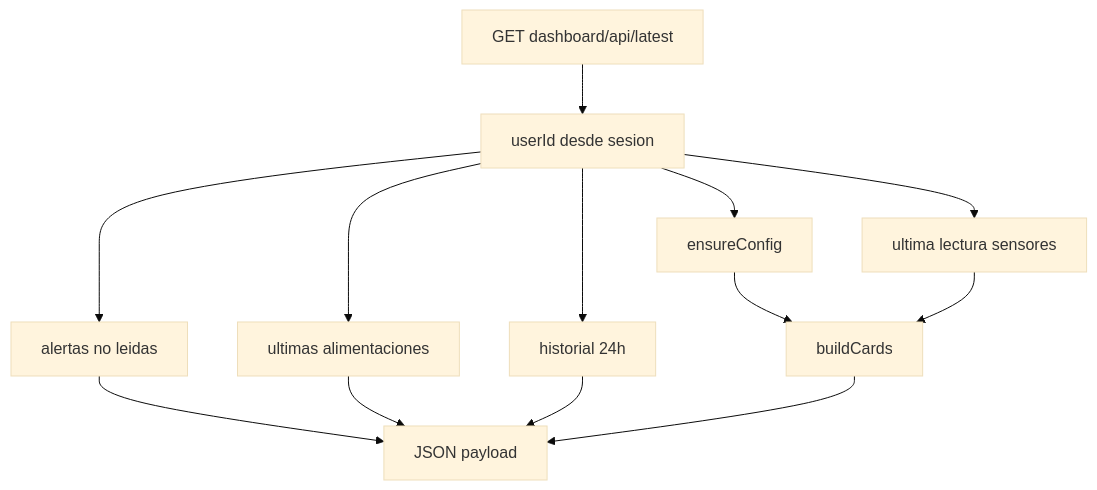
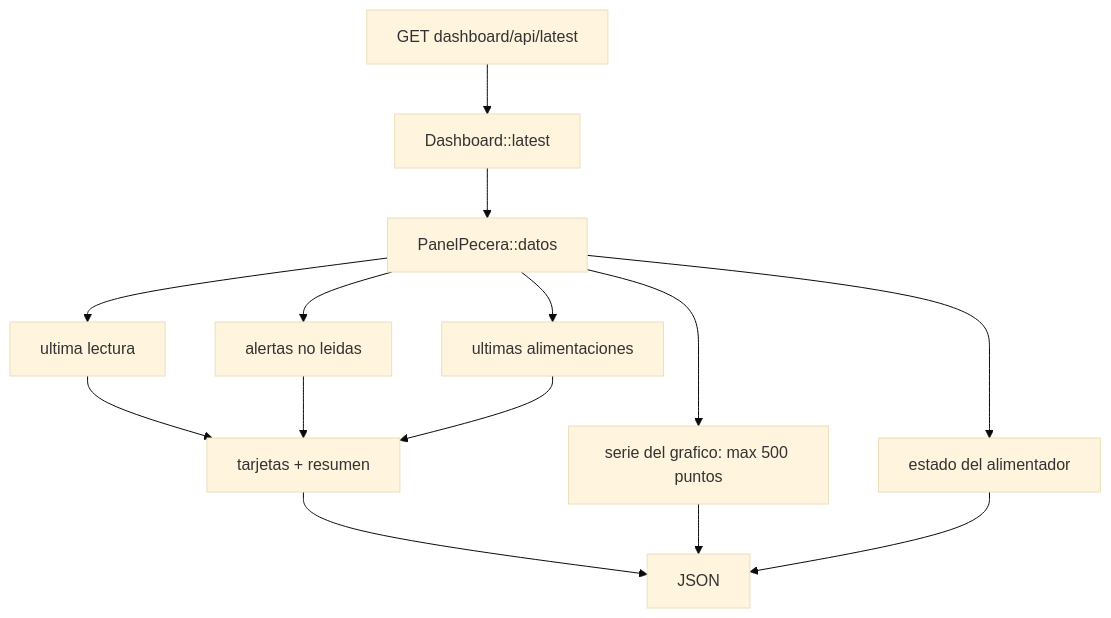
One commit to TuVieja22/AquaControl changed the third of 10 diagrams in BACKEND_DOCUMENTACION.md. Above: the diagram before and after it, drawn with Mermaid (base theme). The commit also changed other lines of this file and 10 other files, not shown here.

````diff
--- a/BACKEND_DOCUMENTACION.md
+++ b/BACKEND_DOCUMENTACION.md
@@ -477,15 +490,16 @@
 ```mermaid
 flowchart TD
-    A[GET dashboard/api/latest] --> B[userId desde sesion]
-    B --> C[ensureConfig]
-    B --> D[ultima lectura sensores]
-    B --> E[alertas no leidas]
-    B --> F[ultimas alimentaciones]
-    B --> G[historial 24h]
-    C --> H[buildCards]
-    D --> H
-    E --> I[JSON payload]
+    A[GET dashboard/api/latest] --> B[Dashboard::latest]
+    B --> C[PanelPecera::datos]
+    C --> D[ultima lectura]
+    C --> E[alertas no leidas]
+    C --> F[ultimas alimentaciones]
+    C --> G[serie del grafico: max 500 puntos]
+    C --> H[estado del alimentador]
+    D --> I[tarjetas + resumen]
+    E --> I
     F --> I
-    G --> I
-    H --> I
+    I --> J[JSON]
+    G --> J
+    H --> J
 ```
````
